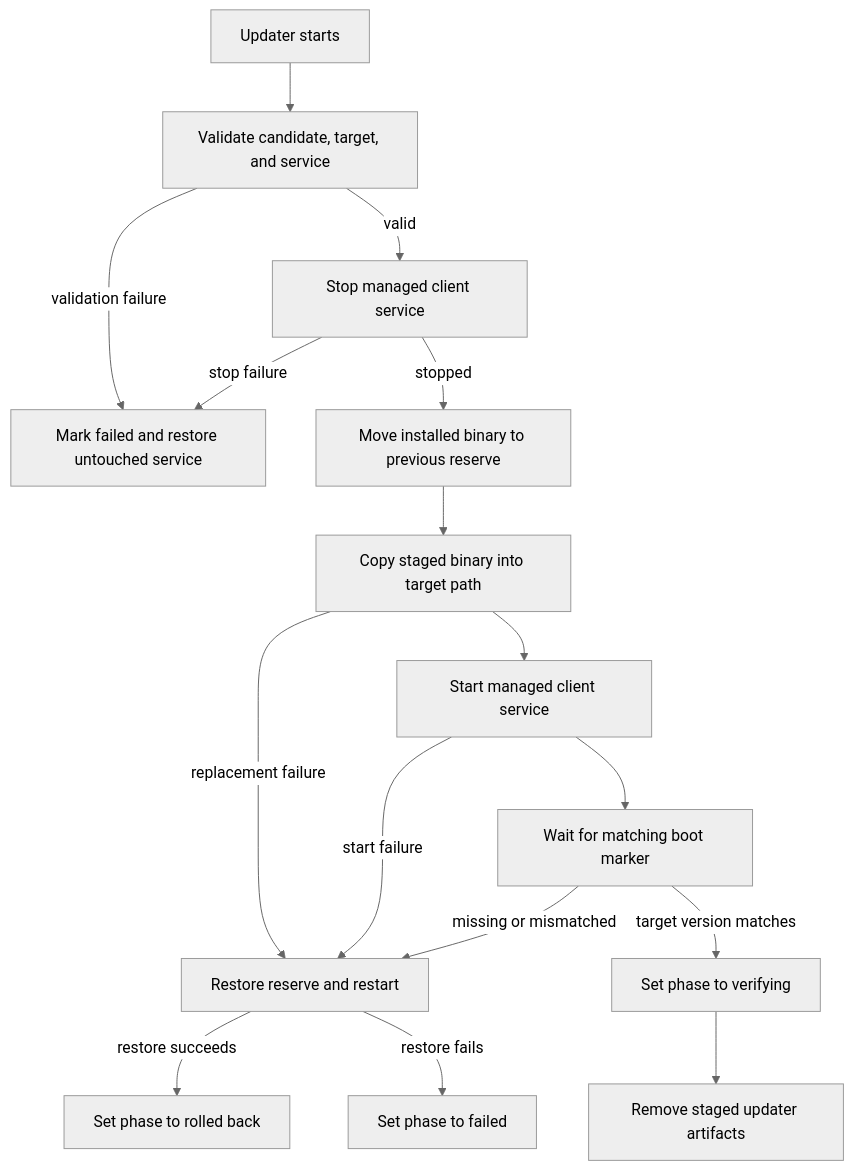
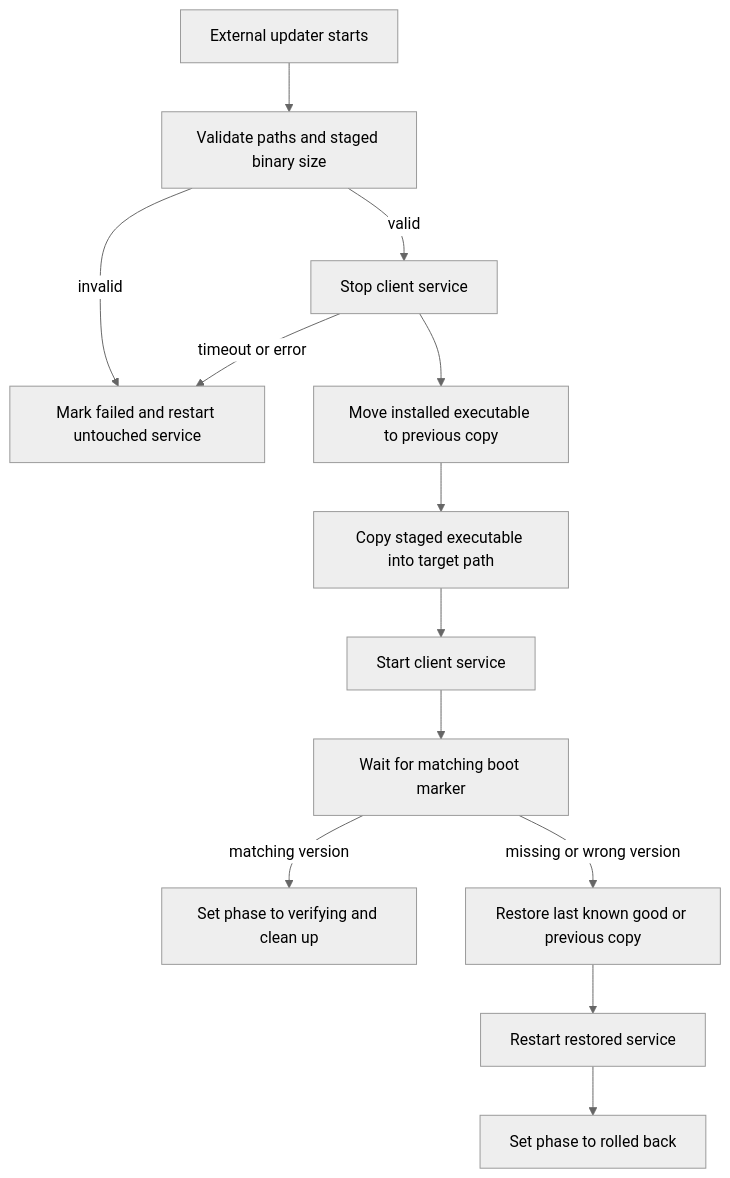
Before and after one commit to flamingo-stack/openframe-oss-tenant: the second of 2 diagrams in docs/reference/architecture/openframe-client-core/platform-update-scripts/platform-update-scripts.md, drawn with Mermaid (neutral theme). The commit also changed other lines of this file and 2377 other files, not shown here.

````diff
--- a/docs/reference/architecture/openframe-client-core/platform-update-scripts/platform-update-scripts.md
+++ b/docs/reference/architecture/openframe-client-core/platform-update-scripts/platform-update-scripts.md
@@ -55,18 +50,15 @@
 ```mermaid
 flowchart TD
-    Begin["Updater starts"] --> Validate["Validate candidate, target, and service"]
-    Validate -->|"validation failure"| PreSwapFailure["Mark failed and restore untouched service"]
-    Validate -->|"valid"| Stop["Stop managed client service"]
-    Stop -->|"stop failure"| PreSwapFailure
-    Stop -->|"stopped"| Preserve["Move installed binary to previous reserve"]
-    Preserve --> Replace["Copy staged binary into target path"]
-    Replace -->|"replacement failure"| Rollback["Restore reserve and restart"]
-    Replace --> Start["Start managed client service"]
-    Start -->|"start failure"| Rollback
-    Start --> Verify["Wait for matching boot marker"]
-    Verify -->|"target version matches"| Verifying["Set phase to verifying"]
-    Verifying --> Cleanup["Remove staged updater artifacts"]
-    Verify -->|"missing or mismatched"| Rollback
-    Rollback -->|"restore succeeds"| RolledBack["Set phase to rolled back"]
-    Rollback -->|"restore fails"| Failed["Set phase to failed"]
+    Start["External updater starts"] --> Validate["Validate paths and staged binary size"]
+    Validate -->|"invalid"| PreSwapFailure["Mark failed and restart untouched service"]
+    Validate -->|"valid"| Stop["Stop client service"]
+    Stop -->|"timeout or error"| PreSwapFailure
+    Stop --> Move["Move installed executable to previous copy"]
+    Move --> Swap["Copy staged executable into target path"]
+    Swap --> StartService["Start client service"]
+    StartService --> Marker["Wait for matching boot marker"]
+    Marker -->|"matching version"| Verifying["Set phase to verifying and clean up"]
+    Marker -->|"missing or wrong version"| Rollback["Restore last known good or previous copy"]
+    Rollback --> Restart["Restart restored service"]
+    Restart --> RolledBack["Set phase to rolled back"]
 ```
````
